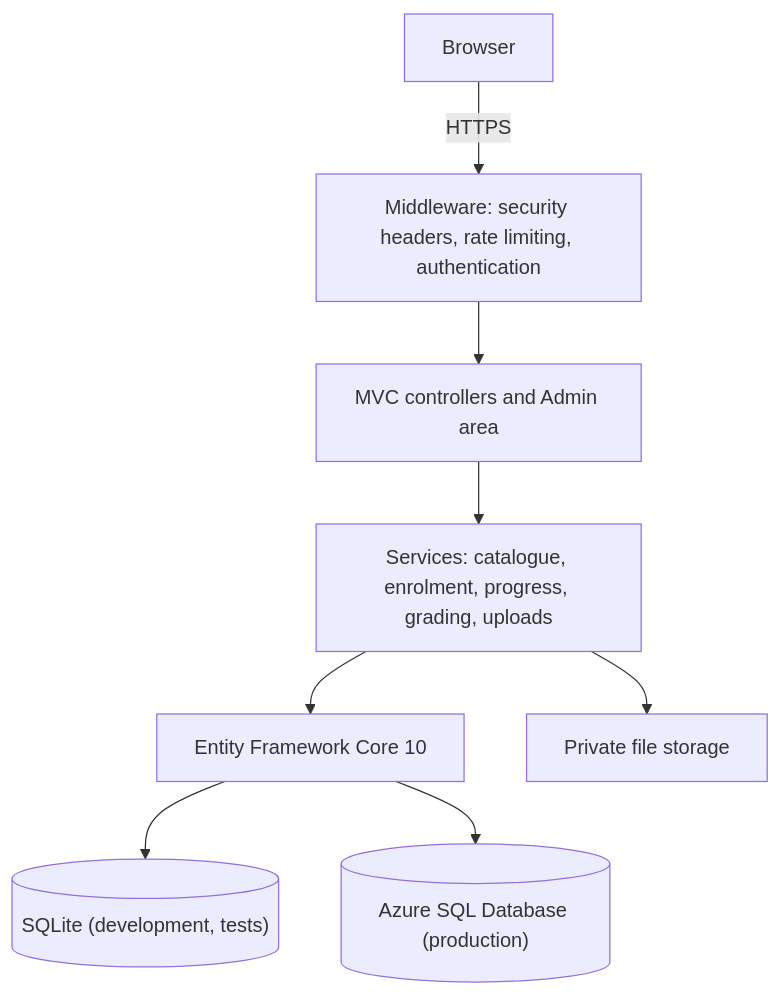
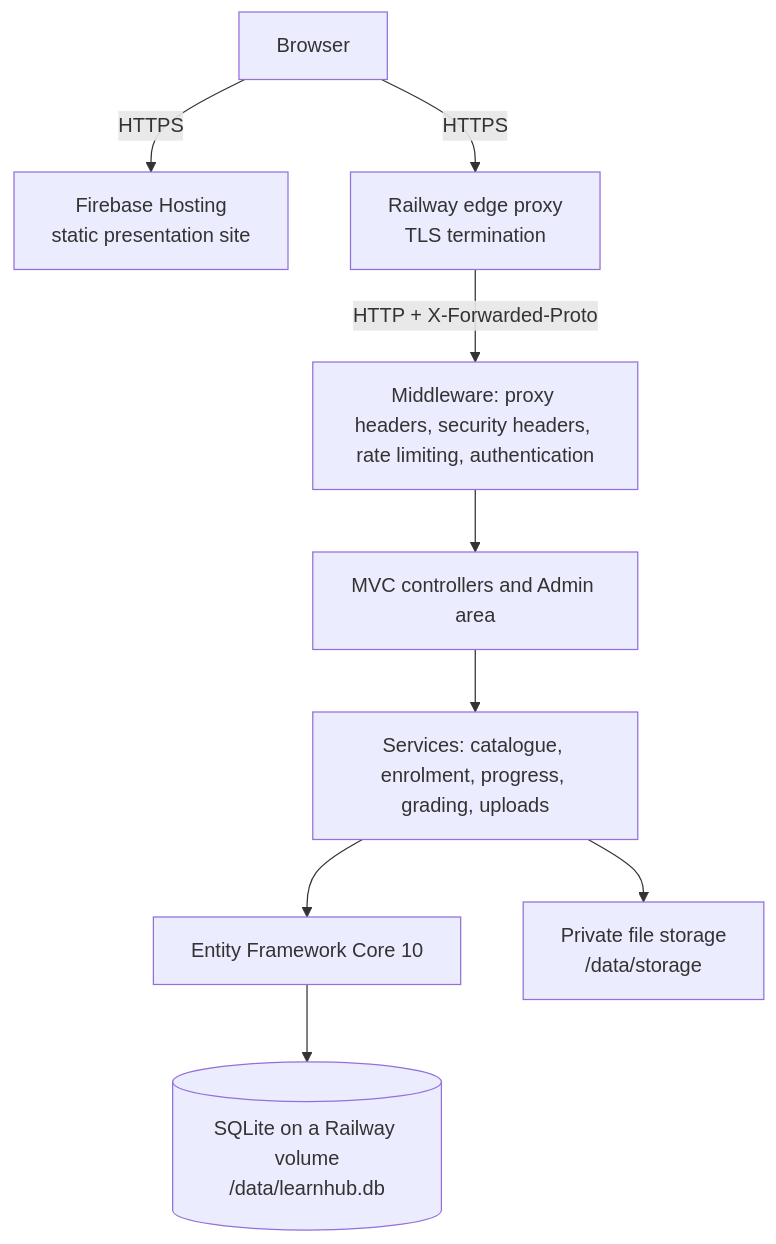
One commit to JahongirmirzoDv/LearnHub changed the diagram in README.md. Above: the diagram before and after it, drawn with Mermaid. The commit also changed other lines of this file and 39 other files, not shown here.

````diff
--- a/README.md
+++ b/README.md
@@ -86,10 +88,11 @@
 ```mermaid
 flowchart TD
-    browser["Browser"] -->|HTTPS| pipeline["Middleware: security headers, rate limiting, authentication"]
+    browser["Browser"] -->|HTTPS| firebase["Firebase Hosting<br/>static presentation site"]
+    browser -->|HTTPS| proxy["Railway edge proxy<br/>TLS termination"]
+    proxy -->|"HTTP + X-Forwarded-Proto"| pipeline["Middleware: proxy headers, security headers, rate limiting, authentication"]
     pipeline --> controllers["MVC controllers and Admin area"]
     controllers --> services["Services: catalogue, enrolment, progress, grading, uploads"]
     services --> ef["Entity Framework Core 10"]
-    ef --> sqlite[("SQLite (development, tests)")]
-    ef --> azuresql[("Azure SQL Database (production)")]
-    services --> storage["Private file storage"]
+    ef --> sqlite[("SQLite on a Railway volume<br/>/data/learnhub.db")]
+    services --> storage["Private file storage<br/>/data/storage"]
 ```
````
